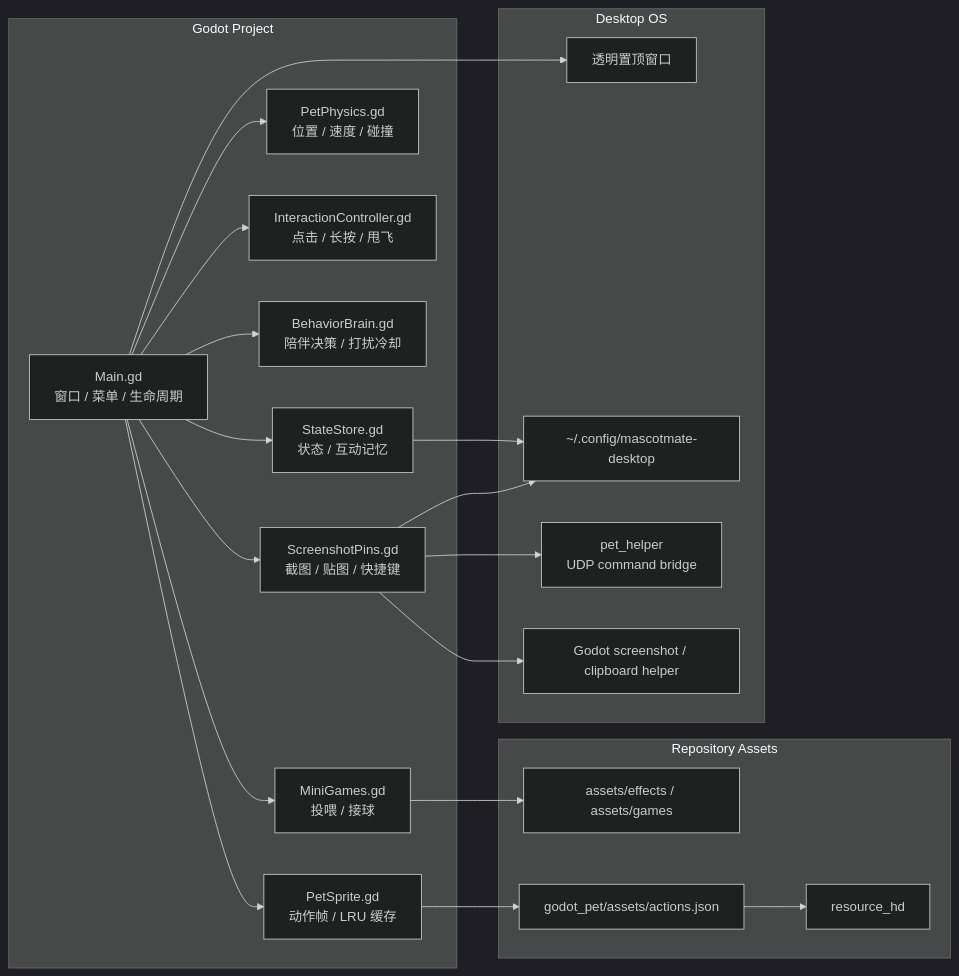
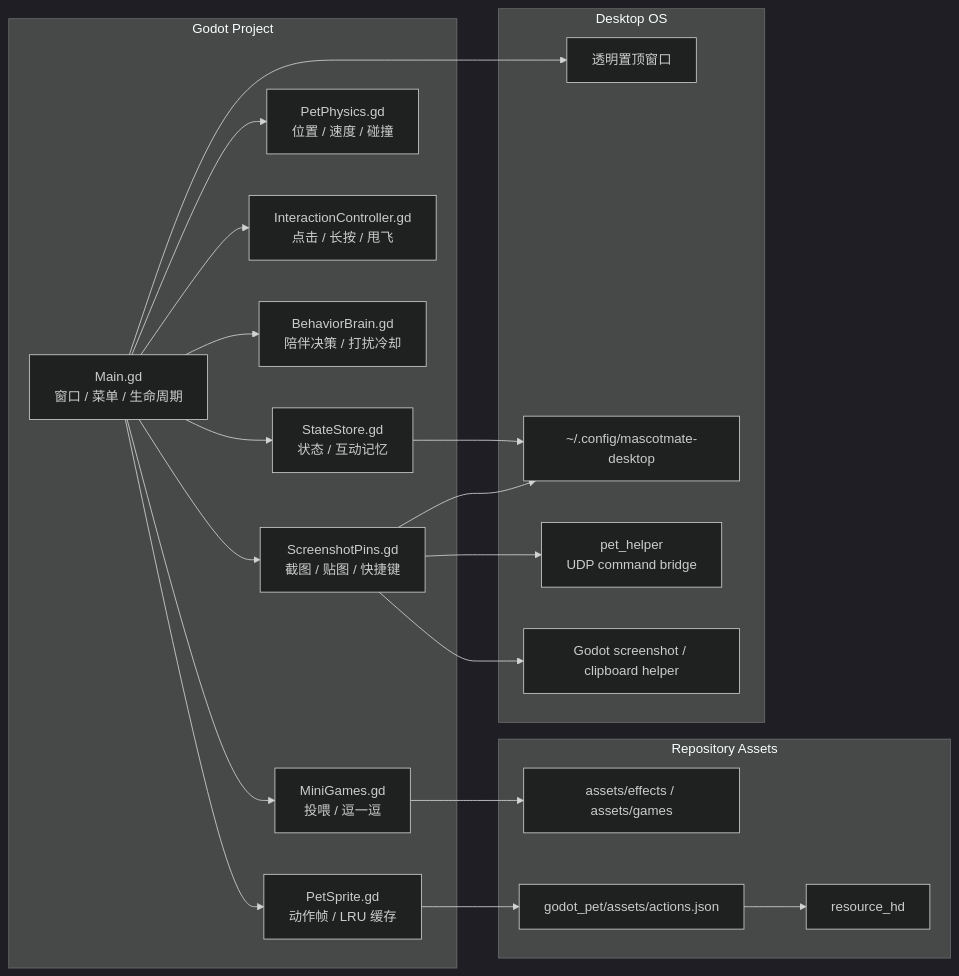
Before and after one commit to MzKyle/MascotMate: the diagram in docs/README.md, drawn with Mermaid (dark theme). The commit also changed other lines of this file and 18 other files, not shown here.

````diff
--- a/docs/README.md
+++ b/docs/README.md
@@ -41,42 +41,42 @@
 ```mermaid
 flowchart LR
   subgraph Godot["Godot Project"]
     Main["Main.gd<br/>窗口 / 菜单 / 生命周期"]
     Sprite["PetSprite.gd<br/>动作帧 / LRU 缓存"]
     Physics["PetPhysics.gd<br/>位置 / 速度 / 碰撞"]
     Input["InteractionController.gd<br/>点击 / 长按 / 甩飞"]
     Brain["BehaviorBrain.gd<br/>陪伴决策 / 打扰冷却"]
-    Games["MiniGames.gd<br/>投喂 / 接球"]
+    Games["MiniGames.gd<br/>投喂 / 逗一逗"]
     State["StateStore.gd<br/>状态 / 互动记忆"]
     Pins["ScreenshotPins.gd<br/>截图 / 贴图 / 快捷键"]
   end
 
   subgraph Assets["Repository Assets"]
     Frames["resource_hd"]
     Effects["assets/effects / assets/games"]
     Manifest["godot_pet/assets/actions.json"]
   end
 
   subgraph OS["Desktop OS"]
     Window["透明置顶窗口"]
     Config["~/.config/mascotmate-desktop"]
     X11["pet_helper<br/>UDP command bridge"]
     Tools["Godot screenshot / clipboard helper"]
   end
 
   Main --> Sprite
   Main --> Physics
   Main --> Input
   Main --> Brain
   Main --> Games
   Main --> State
   Main --> Pins
   Sprite --> Manifest
   Manifest --> Frames
   Games --> Effects
   Main --> Window
   State --> Config
   Pins --> Config
   Pins --> X11
   Pins --> Tools
 ```
````
